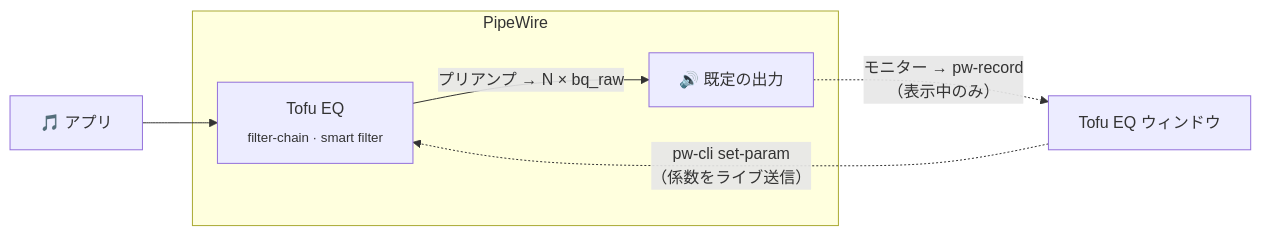
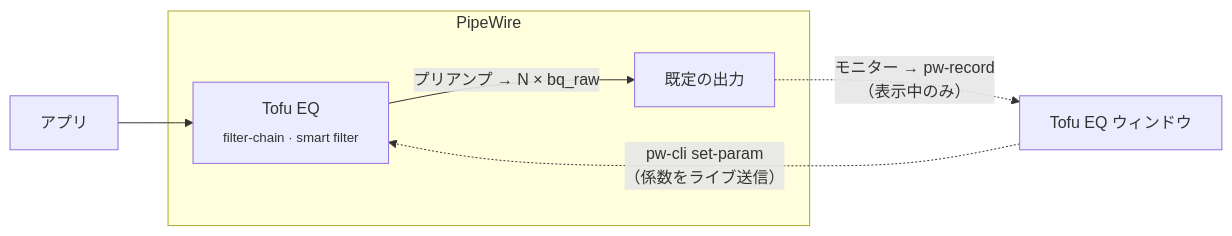
One commit to AoTofu/tofu-eq changed the diagram in README.ja.md. Above: the diagram before and after it, drawn with Mermaid. The commit also changed other lines of this file and 2 other files, not shown here.

````diff
--- a/README.ja.md
+++ b/README.ja.md
@@ -92,9 +92,9 @@
 ```mermaid
 flowchart LR
-    apps["🎵 アプリ"] --> sink
+    apps["アプリ"] --> sink
     subgraph pw["PipeWire"]
-        sink["Tofu EQ<br><sub>filter-chain · smart filter</sub>"] -->|"プリアンプ → N × bq_raw"| dev["🔊 既定の出力"]
+        sink["Tofu EQ<br><sub>filter-chain · smart filter</sub>"] -->|"プリアンプ → N × bq_raw"| dev["既定の出力"]
     end
     gui["Tofu EQ ウィンドウ"] -. "pw-cli set-param<br>（係数をライブ送信）" .-> sink
     dev -. "モニター → pw-record<br>（表示中のみ）" .-> gui
 ```
````
